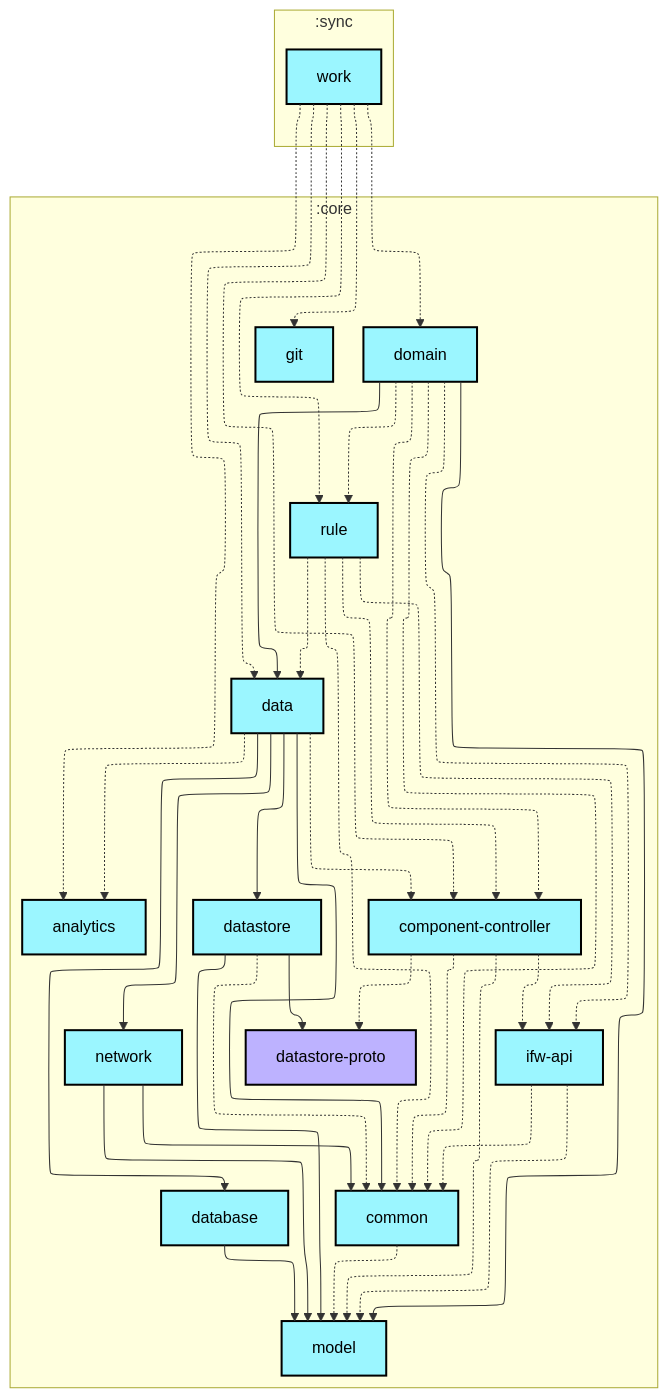
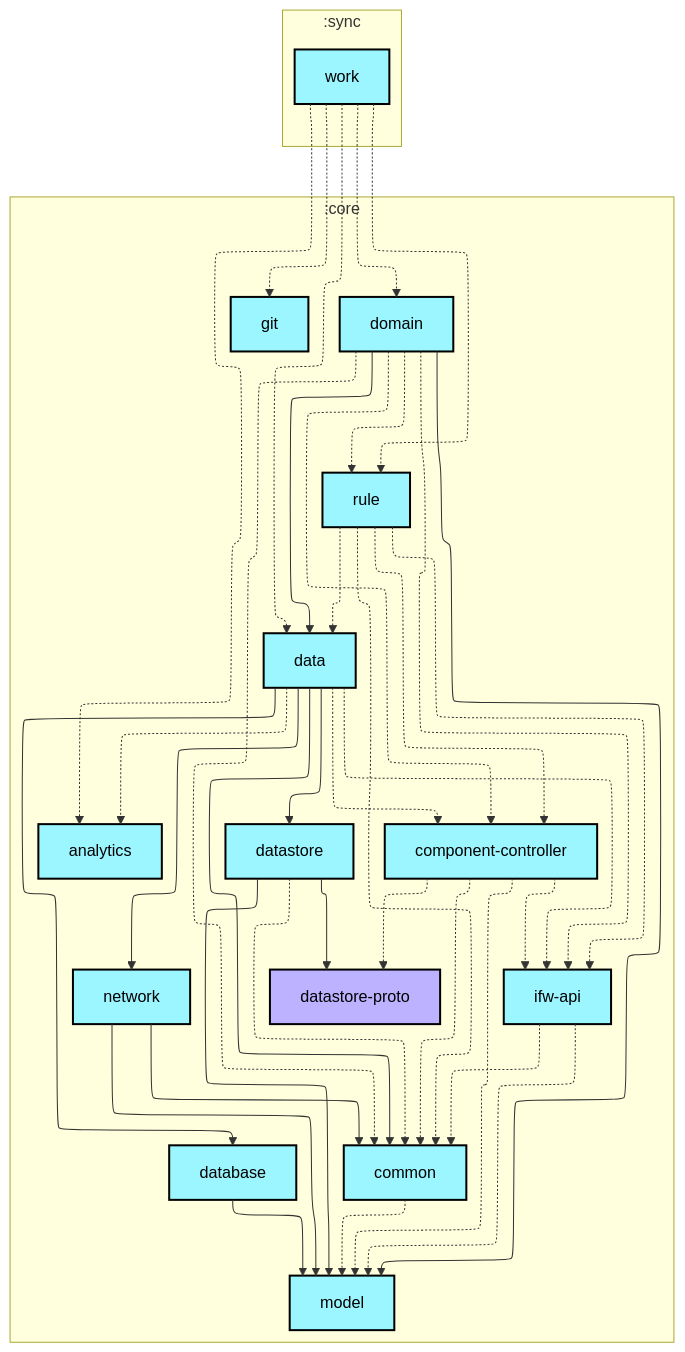
The first of 2 diagrams in sync/work/README.md (lihenggui/blocker), drawn with Mermaid before and after one commit. The commit also changed 75 other files, not shown here.

````diff
--- a/sync/work/README.md
+++ b/sync/work/README.md
@@ -6,72 +6,72 @@
 ```mermaid
 ---
 config:
   layout: elk
   elk:
     nodePlacementStrategy: SIMPLE
 ---
 graph TB
   subgraph :sync
     direction TB
     :sync:work[work]:::android-library
   end
   subgraph :core
     direction TB
     :core:analytics[analytics]:::android-library
     :core:common[common]:::android-library
     :core:component-controller[component-controller]:::android-library
     :core:data[data]:::android-library
     :core:database[database]:::android-library
     :core:datastore[datastore]:::android-library
     :core:datastore-proto[datastore-proto]:::jvm-library
     :core:domain[domain]:::android-library
     :core:git[git]:::android-library
     :core:ifw-api[ifw-api]:::android-library
     :core:model[model]:::android-library
     :core:network[network]:::android-library
     :core:rule[rule]:::android-library
   end
 
   :core:common -.-> :core:model
   :core:component-controller -.-> :core:common
   :core:component-controller -.-> :core:datastore-proto
   :core:component-controller -.-> :core:ifw-api
   :core:component-controller -.-> :core:model
   :core:data -.-> :core:analytics
   :core:data --> :core:common
   :core:data -.-> :core:component-controller
   :core:data --> :core:database
   :core:data --> :core:datastore
+  :core:data -.-> :core:ifw-api
   :core:data --> :core:network
   :core:database --> :core:model
   :core:datastore -.-> :core:common
   :core:datastore --> :core:datastore-proto
   :core:datastore --> :core:model
   :core:domain -.-> :core:common
   :core:domain -.-> :core:component-controller
   :core:domain --> :core:data
   :core:domain -.-> :core:ifw-api
   :core:domain --> :core:model
   :core:domain -.-> :core:rule
   :core:ifw-api -.-> :core:common
   :core:ifw-api -.-> :core:model
   :core:network --> :core:common
   :core:network --> :core:model
   :core:rule -.-> :core:common
   :core:rule -.-> :core:component-controller
   :core:rule -.-> :core:data
   :core:rule -.-> :core:ifw-api
   :sync:work -.-> :core:analytics
-  :sync:work -.-> :core:component-controller
   :sync:work -.-> :core:data
   :sync:work -.-> :core:domain
   :sync:work -.-> :core:git
   :sync:work -.-> :core:rule
 
 classDef android-application fill:#CAFFBF,stroke:#000,stroke-width:2px,color:#000;
 classDef android-feature fill:#FFD6A5,stroke:#000,stroke-width:2px,color:#000;
 classDef android-library fill:#9BF6FF,stroke:#000,stroke-width:2px,color:#000;
 classDef android-test fill:#A0C4FF,stroke:#000,stroke-width:2px,color:#000;
 classDef jvm-library fill:#BDB2FF,stroke:#000,stroke-width:2px,color:#000;
 classDef unknown fill:#FFADAD,stroke:#000,stroke-width:2px,color:#000;
 ```
````
